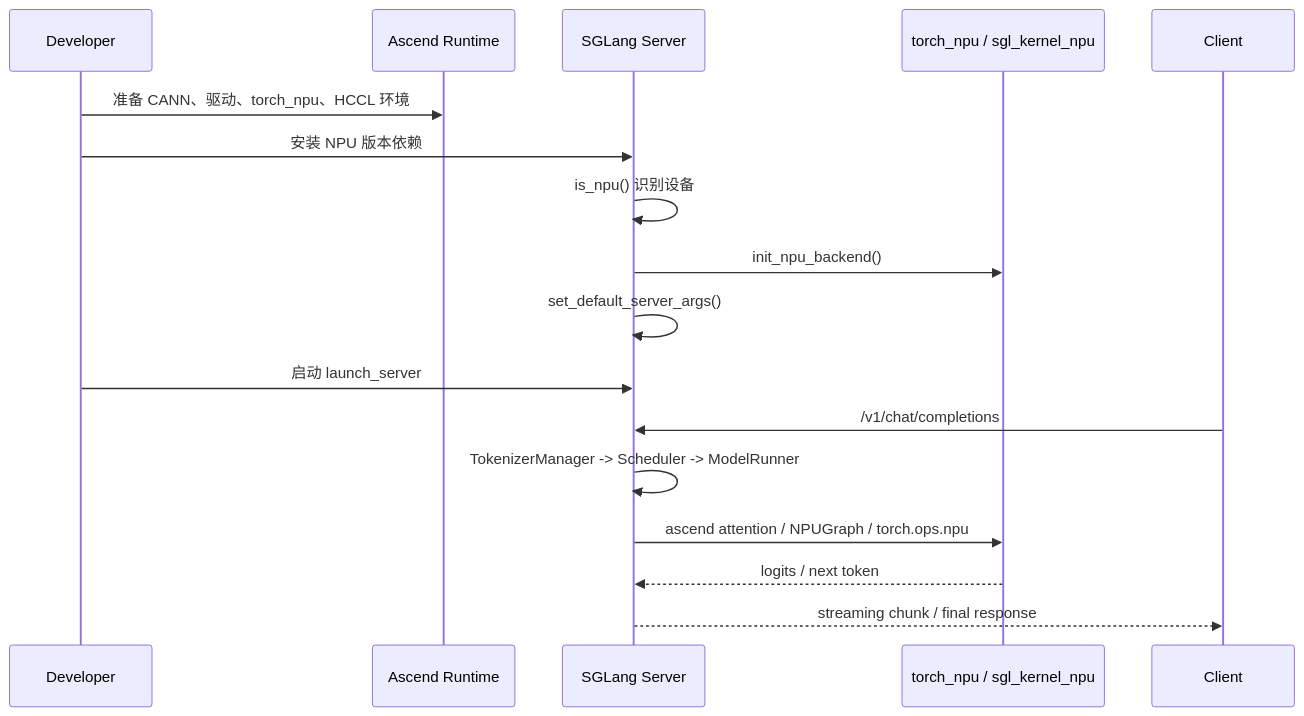
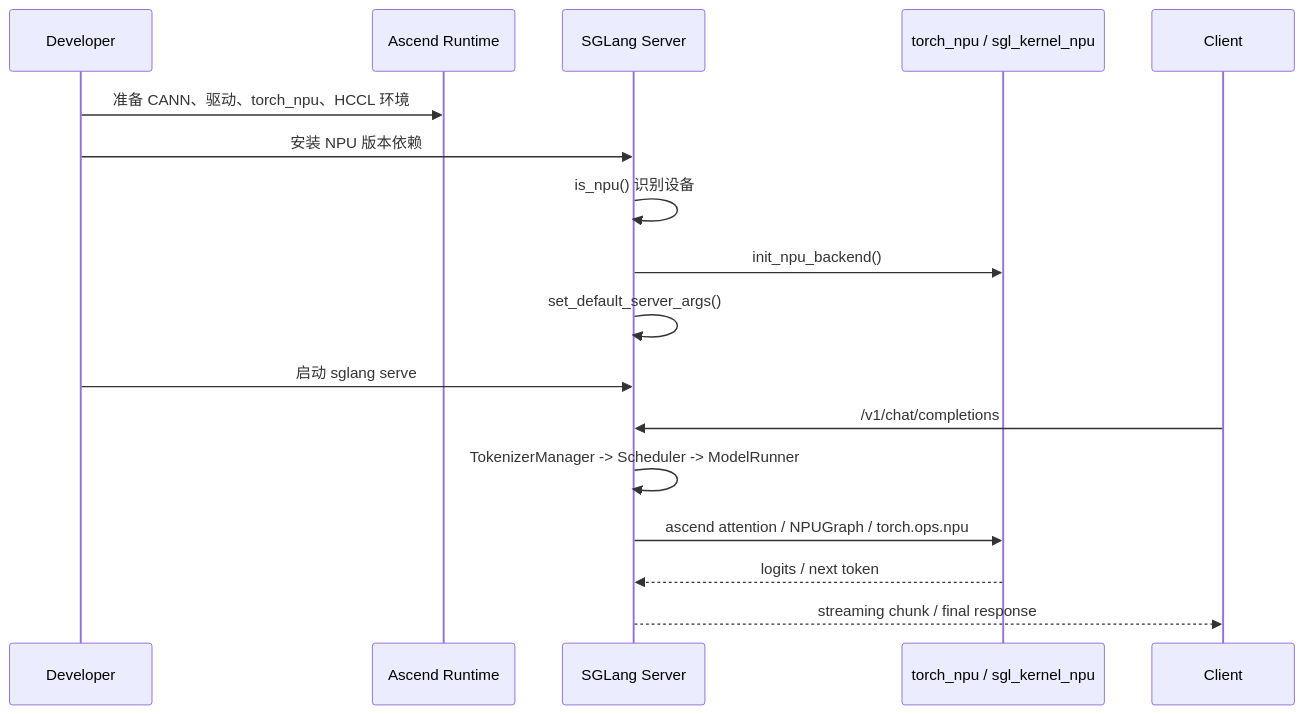
Before and after one commit to cl-vv-h/SGLang_Tutor: the fourth of 7 diagrams in learning/sglang-ascend-npu/README.md, drawn with Mermaid. The commit also changed other lines of this file and 8 other files, not shown here.

````diff
--- a/learning/sglang-ascend-npu/README.md
+++ b/learning/sglang-ascend-npu/README.md
@@ -150,20 +150,20 @@
 ```mermaid
 sequenceDiagram
   participant Dev as Developer
   participant Env as Ascend Runtime
   participant SGL as SGLang Server
   participant NPU as torch_npu / sgl_kernel_npu
   participant Client as Client
 
   Dev->>Env: 准备 CANN、驱动、torch_npu、HCCL 环境
   Dev->>SGL: 安装 NPU 版本依赖
   SGL->>SGL: is_npu() 识别设备
   SGL->>NPU: init_npu_backend()
   SGL->>SGL: set_default_server_args()
-  Dev->>SGL: 启动 launch_server
+  Dev->>SGL: 启动 sglang serve
   Client->>SGL: /v1/chat/completions
   SGL->>SGL: TokenizerManager -> Scheduler -> ModelRunner
   SGL->>NPU: ascend attention / NPUGraph / torch.ops.npu
   NPU-->>SGL: logits / next token
   SGL-->>Client: streaming chunk / final response
 ```
````
